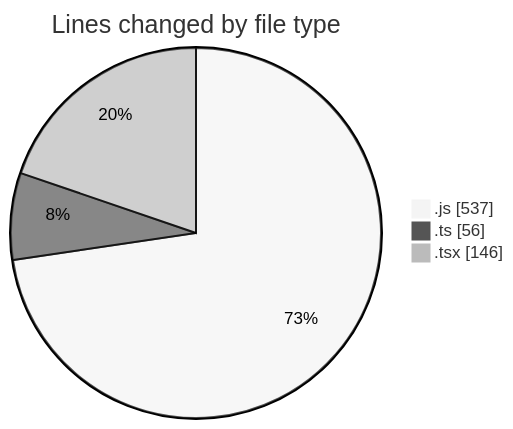
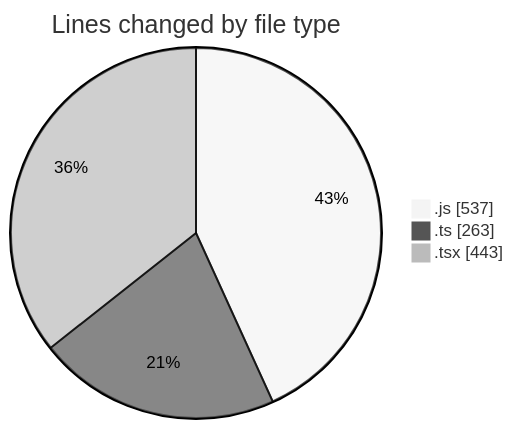
The first of 2 diagrams in 2026-10-06/cda/README.md (momahboobian/code-tracking), drawn with Mermaid (neutral theme) before and after one commit. The commit also changed other lines of this file and 1 other file, not shown here.

````diff
--- a/2026-10-06/cda/README.md
+++ b/2026-10-06/cda/README.md
@@ -24,7 +28,7 @@
 ```mermaid
 pie showData
 title Lines changed by file type
 ".js" : 537
-".ts" : 56
-".tsx" : 146
+".ts" : 263
+".tsx" : 443
 ```
````
